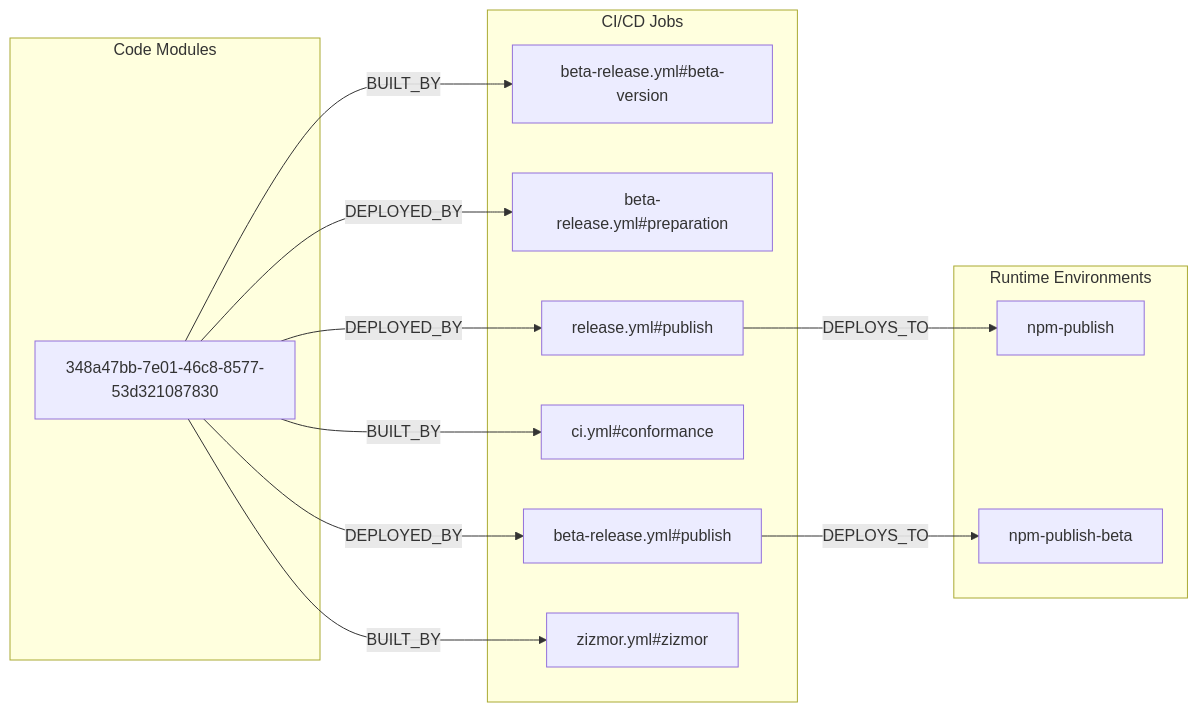
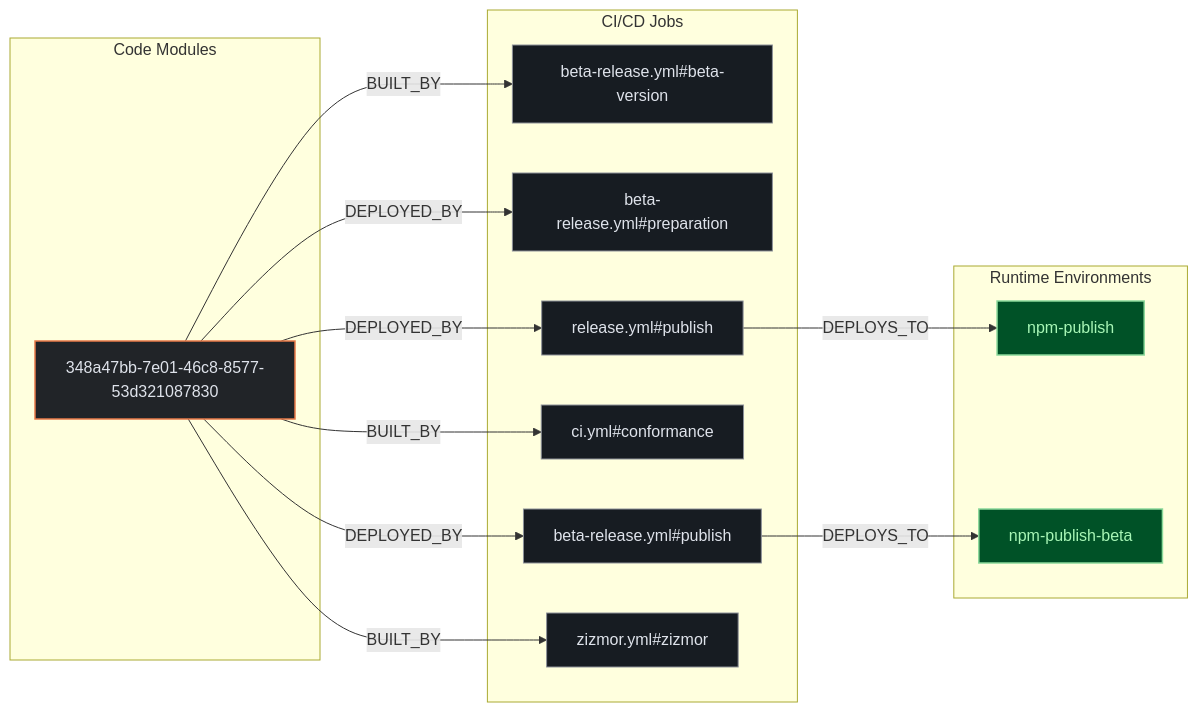
The second of 3 diagrams in exports/latest/reports/langfuse-langfuse-cli-report.md (kumarshaz/atruss-code-atlas), drawn with Mermaid before and after one commit. The commit also changed other lines of this file and 331 other files, not shown here.

Commit message:
docs,ui,fix: update SDLC docs, reorder CI/CD DAG first, stylize Mermaid, and fix Arc42 pipeline topology

````diff
--- a/exports/latest/reports/langfuse-langfuse-cli-report.md
+++ b/exports/latest/reports/langfuse-langfuse-cli-report.md
@@ -88,26 +95,30 @@
 ```mermaid
 flowchart LR
+    classDef atlasCategory fill:#212428,stroke:#E87A48,stroke-width:1.5px,color:#dfe3eb
+    classDef atlasWorkflow fill:#1b2026,stroke:#a3c9ff,stroke-width:1.5px,color:#dfe3eb
+    classDef atlasJob fill:#171c22,stroke:#8d9199,stroke-width:1px,color:#dfe3eb
+    classDef atlasTarget fill:#005227,stroke:#8bd99b,stroke-width:1.5px,color:#a7f6b6
     subgraph code_modules["Code Modules"]
-        mod_348a47bb_7e01_46c8_8577_53d321087830["348a47bb-7e01-46c8-8577-53d321087830"]
+        mod_348a47bb_7e01_46c8_8577_53d321087830["348a47bb-7e01-46c8-8577-53d321087830"]:::atlasCategory
     end
     subgraph ci_jobs["CI/CD Jobs"]
-        job_beta_release_yml_beta_version["beta-release.yml#beta-version"]
-        job_beta_release_yml_preparation["beta-release.yml#preparation"]
-        job_beta_release_yml_publish["beta-release.yml#publish"]
-        job_ci_yml_conformance["ci.yml#conformance"]
-        job_release_yml_publish["release.yml#publish"]
-        job_zizmor_yml_zizmor["zizmor.yml#zizmor"]
+        job_beta_release_yml_beta_version["beta-release.yml#beta-version"]:::atlasJob
+        job_beta_release_yml_preparation["beta-release.yml#preparation"]:::atlasJob
+        job_beta_release_yml_publish["beta-release.yml#publish"]:::atlasJob
+        job_ci_yml_conformance["ci.yml#conformance"]:::atlasJob
+        job_release_yml_publish["release.yml#publish"]:::atlasJob
+        job_zizmor_yml_zizmor["zizmor.yml#zizmor"]:::atlasJob
     end
     subgraph runtime_envs["Runtime Environments"]
-        env_npm_publish["npm-publish"]
-        env_npm_publish_beta["npm-publish-beta"]
+        env_npm_publish["npm-publish"]:::atlasTarget
+        env_npm_publish_beta["npm-publish-beta"]:::atlasTarget
     end
     job_beta_release_yml_publish -->|DEPLOYS_TO| env_npm_publish_beta
     job_release_yml_publish -->|DEPLOYS_TO| env_npm_publish
     mod_348a47bb_7e01_46c8_8577_53d321087830 -->|BUILT_BY| job_beta_release_yml_beta_version
     mod_348a47bb_7e01_46c8_8577_53d321087830 -->|BUILT_BY| job_ci_yml_conformance
     mod_348a47bb_7e01_46c8_8577_53d321087830 -->|BUILT_BY| job_zizmor_yml_zizmor
     mod_348a47bb_7e01_46c8_8577_53d321087830 -->|DEPLOYED_BY| job_beta_release_yml_preparation
     mod_348a47bb_7e01_46c8_8577_53d321087830 -->|DEPLOYED_BY| job_beta_release_yml_publish
     mod_348a47bb_7e01_46c8_8577_53d321087830 -->|DEPLOYED_BY| job_release_yml_publish
 ```
````
